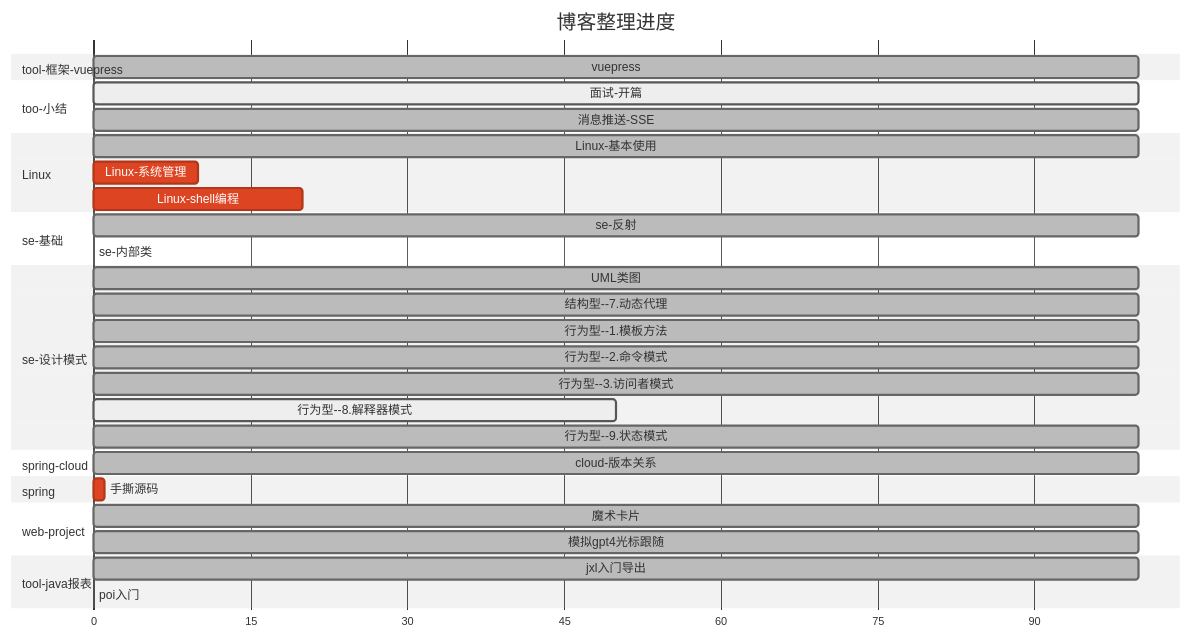
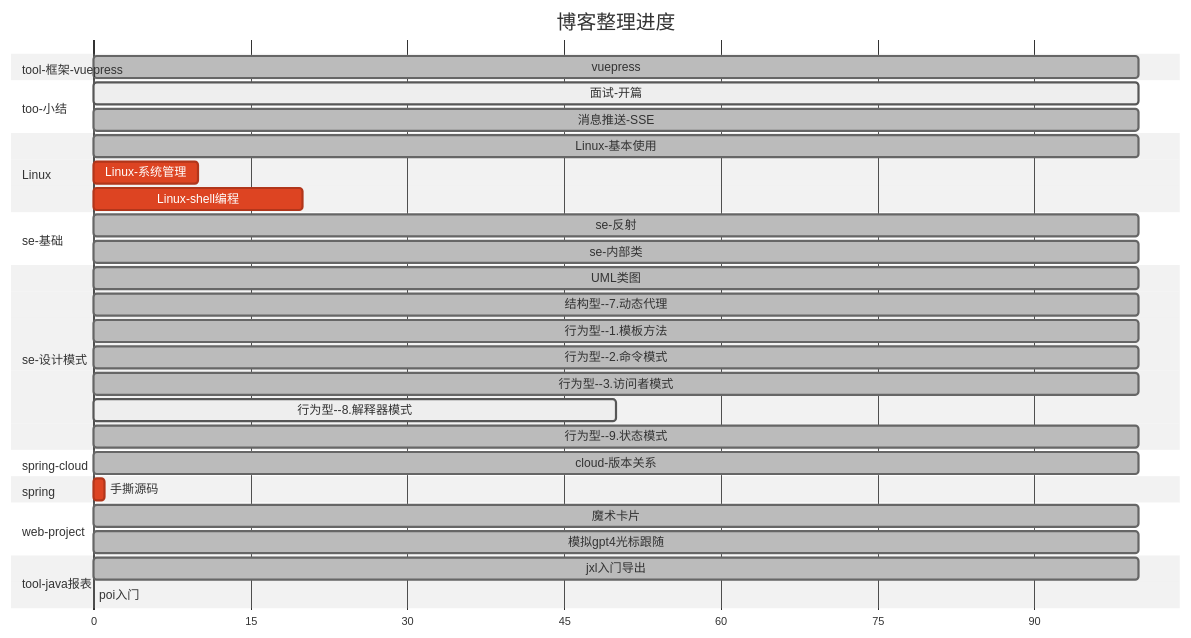
The diagram in docs/README.md (zs-mcu/docs), drawn with Mermaid (neutral theme) before and after one commit.

Commit message:
SSE demo

````diff
--- a/docs/README.md
+++ b/docs/README.md
@@ -30,50 +30,50 @@
 ```mermaid
 gantt
   title 博客整理进度
   dateFormat X
   axisFormat %s
 
   section tool-框架-vuepress
   vuepress        : done,0,100
 
   section too-小结
   面试-开篇          : active,0, 100
 
   消息推送-SSE      : done,0, 100
 
 
   section Linux
   Linux-基本使用    : done,0,100
   Linux-系统管理    : crit,0,10
   Linux-shell编程   : crit,0,20
 
   section se-基础
   se-反射           :  done,0, 100
-  se-内部类         : active,0,0
+  se-内部类         :  done,0,100
 
   section se-设计模式
   UML类图   : done,0,100
   结构型--7.动态代理   : done,0, 100
   行为型--1.模板方法   : done,0,100
   行为型--2.命令模式   : done,0,100
   行为型--3.访问者模式 : done,0,100
   行为型--8.解释器模式 : active,0,50
   行为型--9.状态模式  : done,0,100
   
 
   section spring-cloud
   cloud-版本关系    : done,0, 100
 
   section spring
   手撕源码          : crit,0, 1
 
 
   section web-project
   魔术卡片          : done,0,100
   模拟gpt4光标跟随   : done,0,100
 
   section tool-java报表
   jxl入门导出       :done,0,100
   poi入门          :crit,0,0
   
 ```
````
